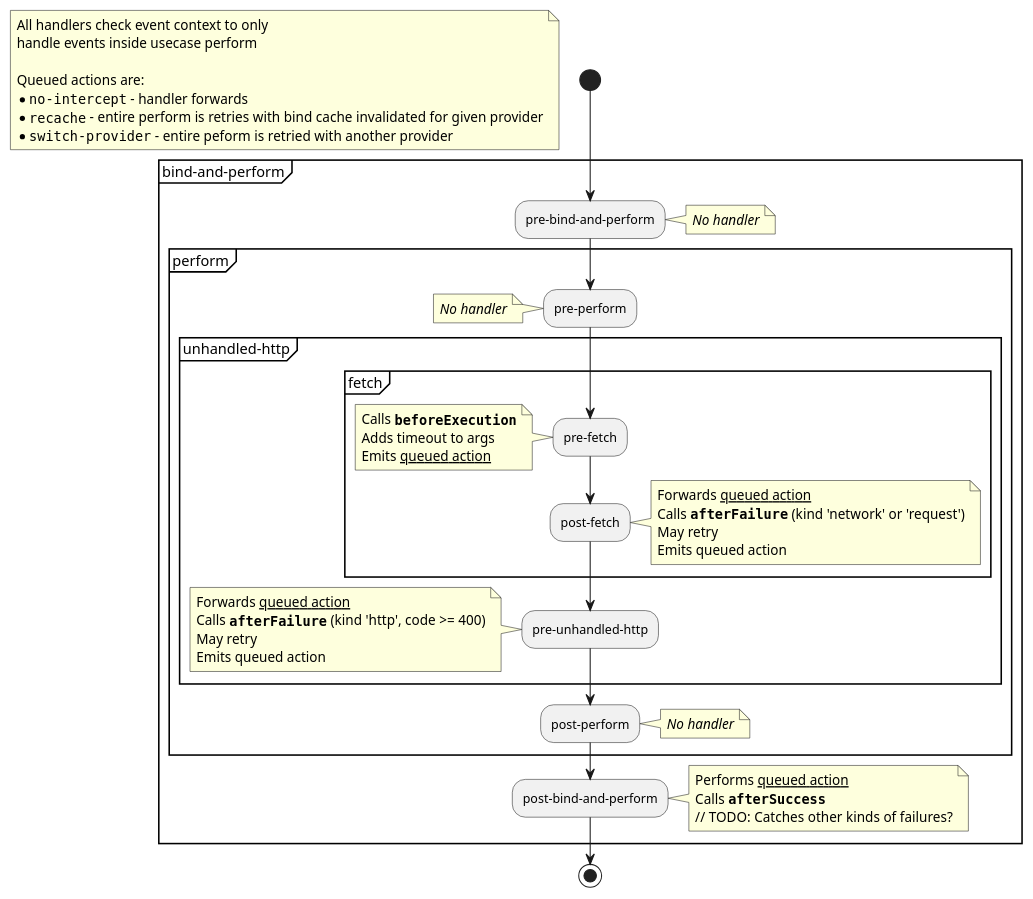
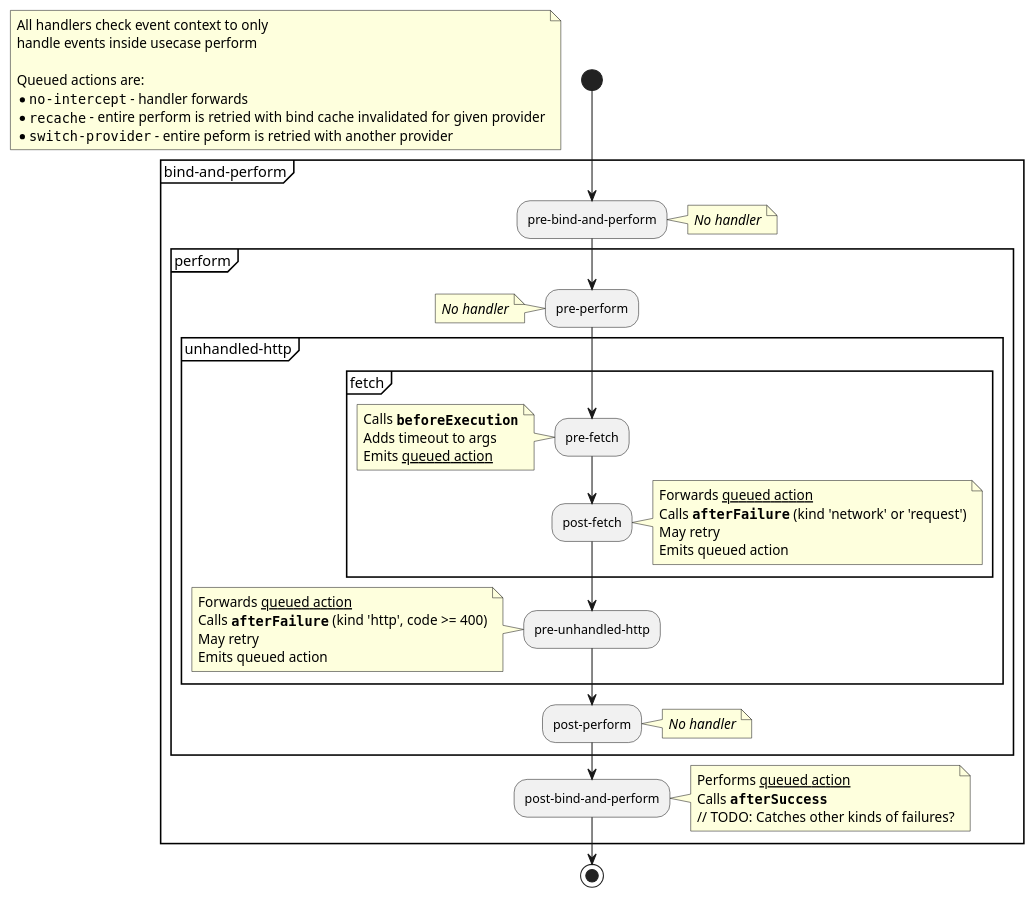
One commit to superfaceai/one-sdk-js changed the diagram in docs/client/failure/diagram_failover_hooks.puml. Above: the diagram before and after it, drawn with PlantUML. The commit also changed 1 other file, not shown here.

```diff
--- a/docs/client/failure/diagram_failover_hooks.puml
+++ b/docs/client/failure/diagram_failover_hooks.puml
@@ -1,69 +1,69 @@
 @startuml
 
 start
 
 floating note
 	All handlers check event context to only
 	handle events inside usecase perform
 
 	Queued actions are:
 	* ""no-intercept"" - handler forwards
-	* ""recache"" - entire perform is retries with bind cache invalidated for given provider
+	* ""recache"" - entire perform is retried with bind cache invalidated for given provider
 	* ""switch-provider"" - entire peform is retried with another provider
 end note
 
 partition bind-and-perform {
 	:pre-bind-and-perform;
 	note right
 		//No handler//
 	end note
 
 	partition perform {
 		:pre-perform;
 		note left
 			//No handler//
 		end note
 
 		partition unhandled-http {
 			partition fetch {
 				:pre-fetch;
 				note left
 					Calls **""beforeExecution""**
 					Adds timeout to args
 					Emits __queued action__
 				end note
 
 				:post-fetch;
 				note right
 					Forwards __queued action__
 					Calls **""afterFailure""** (kind 'network' or 'request')
 					May retry
 					Emits queued action
 				end note
 			}
 			:pre-unhandled-http;
 			note left
 				Forwards __queued action__
 				Calls **""afterFailure""** (kind 'http', code >= 400)
 				May retry
 				Emits queued action
 			end note
 		}
 
 		:post-perform;
 		note right
 			//No handler//
 		end note
 	}
 
 	:post-bind-and-perform;
 	note right
 		Performs __queued action__
 		Calls **""afterSuccess""**
 		// TODO: Catches other kinds of failures?
 	end note
 }
 
 stop
 
 @enduml
```
